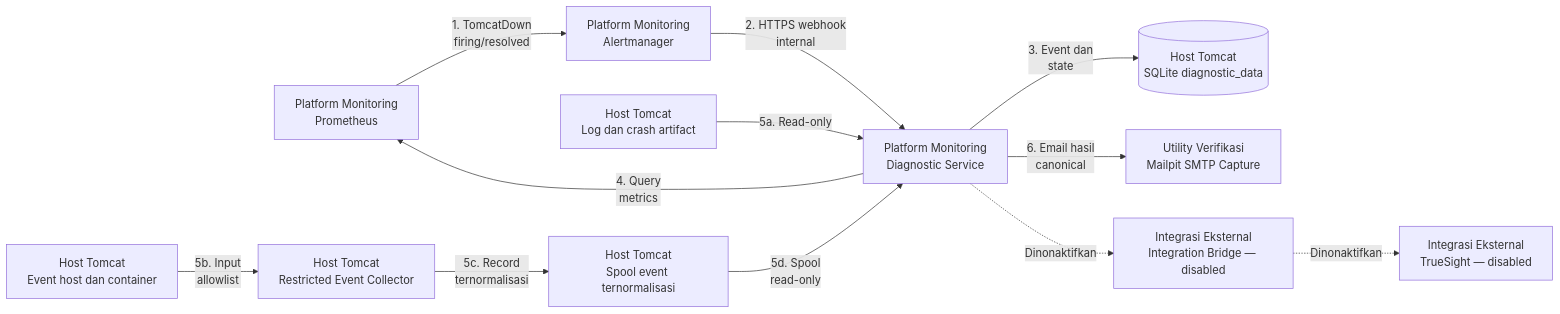
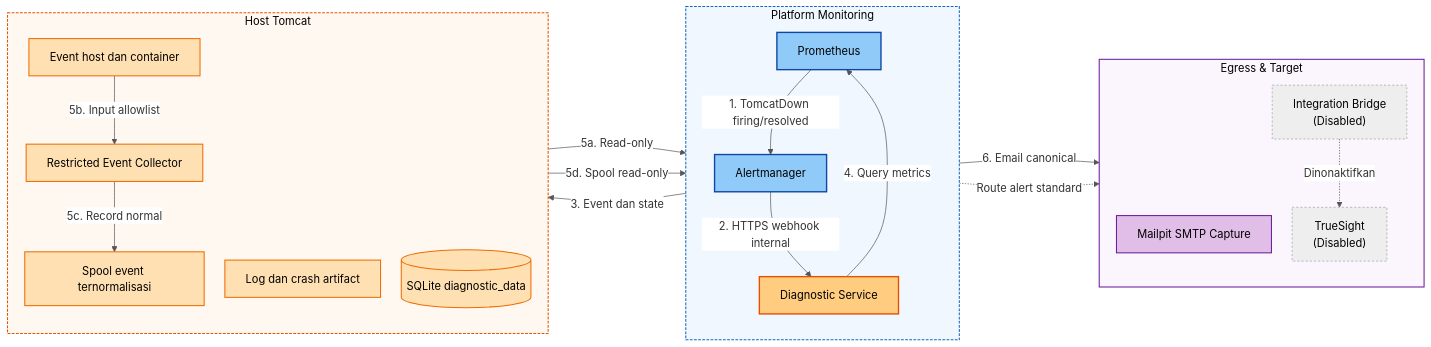
Before and after one commit to edkas07-oss/devops-handbook: the second of 3 diagrams in docs/projects/tomcat-monitoring/architecture/index.md, drawn with Mermaid. The commit also changed other lines of this file, not shown here.

Commit message:
docs(tomcat-monitoring): update architecture deployment topology with subgraphs and event collector flow

````diff
--- a/docs/projects/tomcat-monitoring/architecture/index.md
+++ b/docs/projects/tomcat-monitoring/architecture/index.md
@@ -66,28 +121,83 @@
 ```mermaid
+%%{init: {
+  'theme': 'base',
+  'themeVariables': {
+    'edgeLabelBackground': '#ffffff',
+    'tertiaryBorderColor': '#cccccc',
+    'lineColor': '#555555'
+  },
+  'flowchart': {
+    'nodeSpacing': 30,
+    'rankSpacing': 50
+  }
+}}%%
 flowchart LR
-    PM["Platform Monitoring<br/>Prometheus"]
-    AM["Platform Monitoring<br/>Alertmanager"]
+    %% 1. Platform Monitoring Core (Kiri)
+    subgraph CORE["Platform Monitoring"]
+        direction TB
+        PM["Prometheus"]
+        AM["Alertmanager"]
+        DS["Diagnostic Service"]
+    end
 
-    DS["Platform Monitoring<br/>Diagnostic Service"]
-    SQ[("Host Tomcat<br/>SQLite diagnostic_data")]
-    LOG["Host Tomcat<br/>Log dan crash artifact"]
-    HE["Host Tomcat<br/>Event host dan container"]
-    HC["Host Tomcat<br/>Restricted Event Collector"]
-    SP["Host Tomcat<br/>Spool event ternormalisasi"]
+    %% 2. Host Tomcat: Event, Spool, & Storage (Tengah)
+    subgraph HOST["Host Tomcat"]
+        direction TB
+        HE["Event host dan container"]
+        HC["Restricted Event Collector"]
+        SP["Spool event ternormalisasi"]
+        LOG["Log dan crash artifact"]
+        SQ[("SQLite diagnostic_data")]
+    end
 
-    NC["Utility Verifikasi<br/>Mailpit SMTP Capture"]
-    BR["Integrasi Eksternal<br/>Integration Bridge — disabled"]
-    TS["Integrasi Eksternal<br/>TrueSight — disabled"]
+    %% 3. Utility & Integrasi Eksternal (Kanan)
+    subgraph EGRESS["Egress & Target"]
+        direction TB
+        NC["Mailpit SMTP Capture"]
+        BR["Integration Bridge<br/>(Disabled)"]
+        TS["TrueSight<br/>(Disabled)"]
+    end
 
-    PM -->|"1. TomcatDown<br/>firing/resolved"| AM
-    AM -->|"2. HTTPS webhook<br/>internal"| DS
-    DS -->|"3. Event dan<br/>state"| SQ
-    DS -->|"4. Query<br/>metrics"| PM
+    %% ================= RELASI ANTAR KOMPONEN =================
+    %% Alur Trigger & Webhook
+    PM -->|"1. TomcatDown firing/resolved"| AM
+    AM -->|"2. HTTPS webhook internal"| DS
+
+    %% Alur Diagnostic Context Gathering
+    DS -->|"3. Event dan state"| SQ
+    DS -->|"4. Query metrics"| PM
     LOG -->|"5a. Read-only"| DS
-    HE -->|"5b. Input<br/>allowlist"| HC
-    HC -->|"5c. Record<br/>ternormalisasi"| SP
-    SP -->|"5d. Spool<br/>read-only"| DS
-    DS -->|"6. Email hasil<br/>canonical"| NC
-    DS -.->|"Dinonaktifkan"| BR
+
+    %% Alur Event Collector & Spool
+    HE -->|"5b. Input allowlist"| HC
+    HC -->|"5c. Record normal"| SP
+    SP -->|"5d. Spool read-only"| DS
+
+    %% Alur Egress / Notifikasi
+    DS -->|"6. Email canonical"| NC
+    AM -.->|"Route alert standard"| BR
     BR -.->|"Dinonaktifkan"| TS
+
+    %% ================= STYLING SUBGRAPH =================
+    style CORE fill:#f0f7ff,stroke:#1565c0,stroke-width:1.5px,stroke-dasharray: 4 2,color:#000000
+    style HOST fill:#fff8f0,stroke:#e65100,stroke-width:1.5px,stroke-dasharray: 4 2,color:#000000
+    style EGRESS fill:#fbf5fd,stroke:#6a1b9a,stroke-width:1.5px,color:#000000
+
+    %% ================= STYLING NODES (FONT HITAM) =================
+    %% Core Monitoring (Biru)
+    style PM fill:#90caf9,stroke:#0d47a1,stroke-width:2px,color:#000000
+    style AM fill:#90caf9,stroke:#0d47a1,stroke-width:2px,color:#000000
+    style DS fill:#ffcc80,stroke:#e65100,stroke-width:2px,color:#000000
+
+    %% Host Tomcat (Oranye / Amber)
+    style SQ fill:#ffe0b2,stroke:#ef6c00,stroke-width:1.5px,color:#000000
+    style LOG fill:#ffe0b2,stroke:#ef6c00,stroke-width:1.5px,color:#000000
+    style HE fill:#ffe0b2,stroke:#ef6c00,stroke-width:1.5px,color:#000000
+    style HC fill:#ffe0b2,stroke:#ef6c00,stroke-width:1.5px,color:#000000
+    style SP fill:#ffe0b2,stroke:#ef6c00,stroke-width:1.5px,color:#000000
+
+    %% Egress (Ungu & Abu-abu Disabled)
+    style NC fill:#e1bee7,stroke:#6a1b9a,stroke-width:1.5px,color:#000000
+    style BR fill:#eeeeee,stroke:#9e9e9e,stroke-width:1px,stroke-dasharray: 3 3,color:#000000
+    style TS fill:#eeeeee,stroke:#9e9e9e,stroke-width:1px,stroke-dasharray: 3 3,color:#000000
 ```
````
